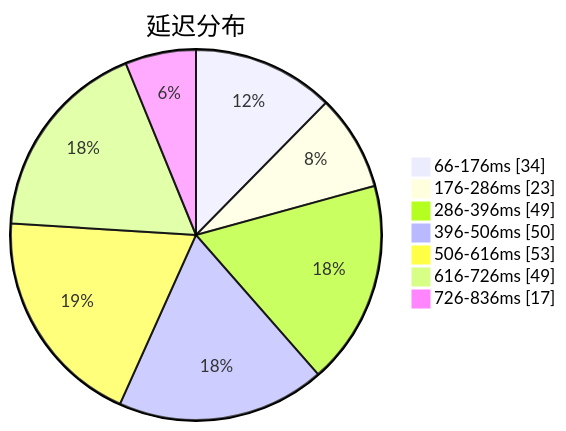
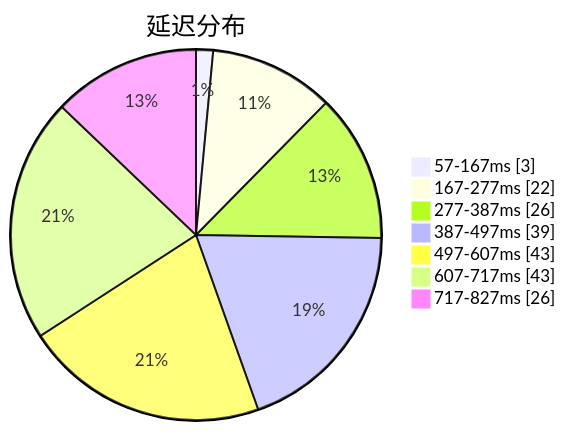
Before and after one commit to sinspired/airport: the first of 3 diagrams in subs/statistics/tested_within.md, drawn with Mermaid. The commit also changed other lines of this file and 2 other files, not shown here.

````diff
--- a/subs/statistics/tested_within.md
+++ b/subs/statistics/tested_within.md
@@ -2,11 +2,11 @@
 ```mermaid
 pie showData
 title 延迟分布
-"66-176ms" : 34
-"176-286ms" : 23
-"286-396ms" : 49
-"396-506ms" : 50
-"506-616ms" : 53
-"616-726ms" : 49
-"726-836ms" : 17
+"57-167ms" : 3
+"167-277ms" : 22
+"277-387ms" : 26
+"387-497ms" : 39
+"497-607ms" : 43
+"607-717ms" : 43
+"717-827ms" : 26
 ```
````
